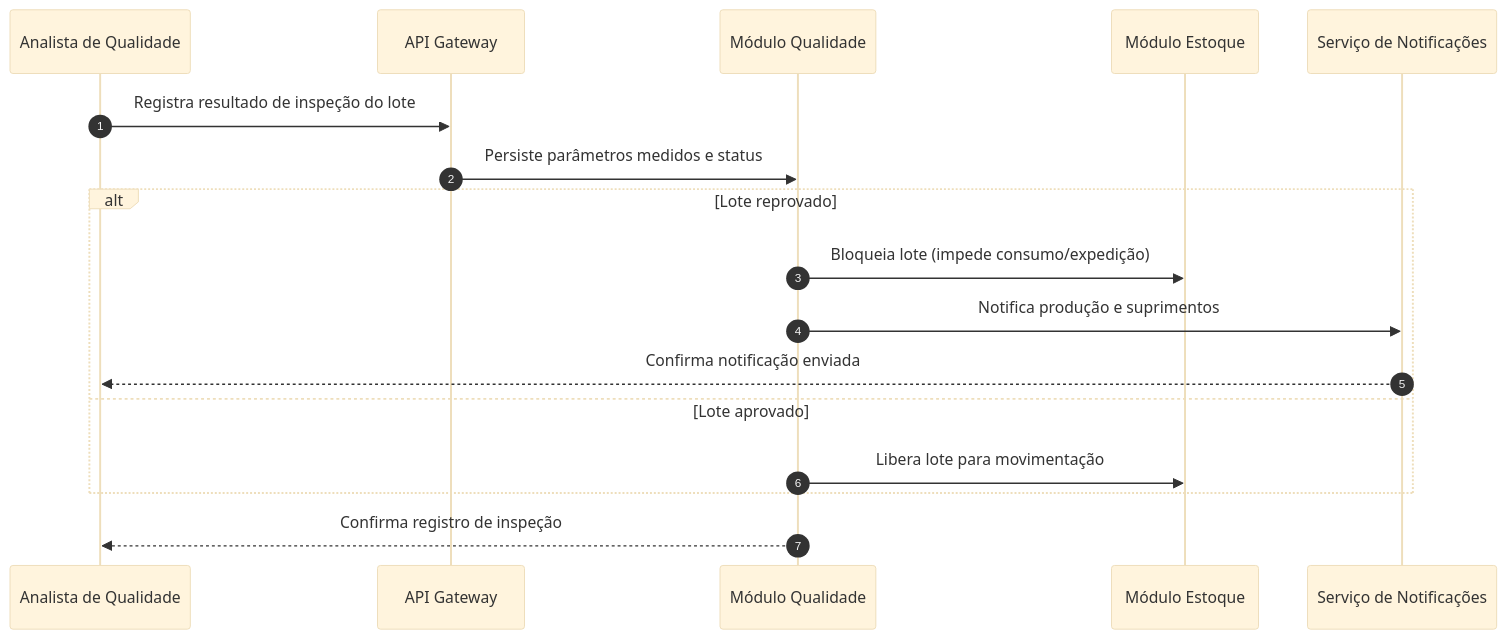
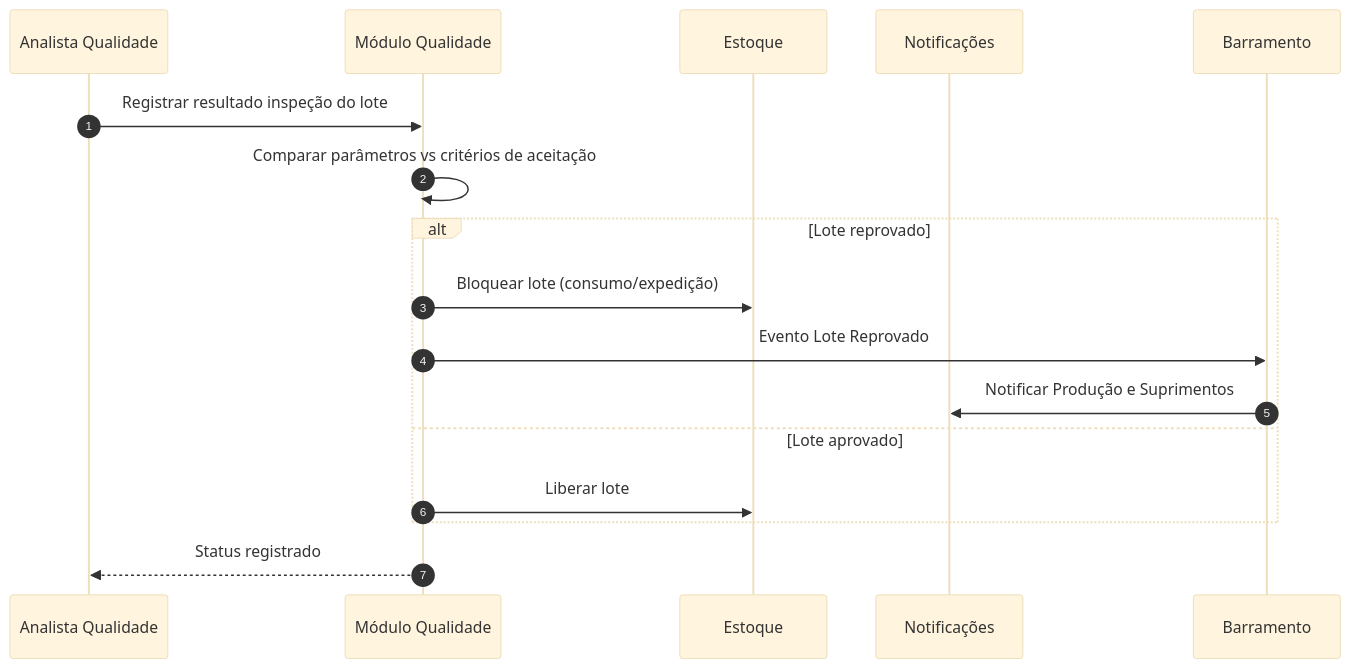
Before and after one commit to PDC-ESIA/AI4ES: the fourth of 4 diagrams in docs/Time_2_Design/analise-qualitativa/outputs/relatorio_claude_opus_4_8_G03.md, drawn with Mermaid (base theme). The commit also changed other lines of this file and 107 other files, not shown here.

````diff
--- a/docs/Time_2_Design/analise-qualitativa/outputs/relatorio_claude_opus_4_8_G03.md
+++ b/docs/Time_2_Design/analise-qualitativa/outputs/relatorio_claude_opus_4_8_G03.md
@@ -155,20 +158,20 @@
 ```mermaid
 sequenceDiagram
     autonumber
-    participant Q as Analista de Qualidade
-    participant GW as API Gateway
-    participant QLT as Módulo Qualidade
-    participant EST as Módulo Estoque
-    participant NOT as Serviço de Notificações
+    participant QA as Analista Qualidade
+    participant QUA as Módulo Qualidade
+    participant EST as Estoque
+    participant NOT as Notificações
+    participant BUS as Barramento
 
-    Q->>GW: Registra resultado de inspeção do lote
-    GW->>QLT: Persiste parâmetros medidos e status
+    QA->>QUA: Registrar resultado inspeção do lote
+    QUA->>QUA: Comparar parâmetros vs critérios de aceitação
     alt Lote reprovado
-        QLT->>EST: Bloqueia lote (impede consumo/expedição)
-        QLT->>NOT: Notifica produção e suprimentos
-        NOT-->>Q: Confirma notificação enviada
+        QUA->>EST: Bloquear lote (consumo/expedição)
+        QUA->>BUS: Evento Lote Reprovado
+        BUS->>NOT: Notificar Produção e Suprimentos
     else Lote aprovado
-        QLT->>EST: Libera lote para movimentação
+        QUA->>EST: Liberar lote
     end
-    QLT-->>Q: Confirma registro de inspeção
+    QUA-->>QA: Status registrado
 ```
````
